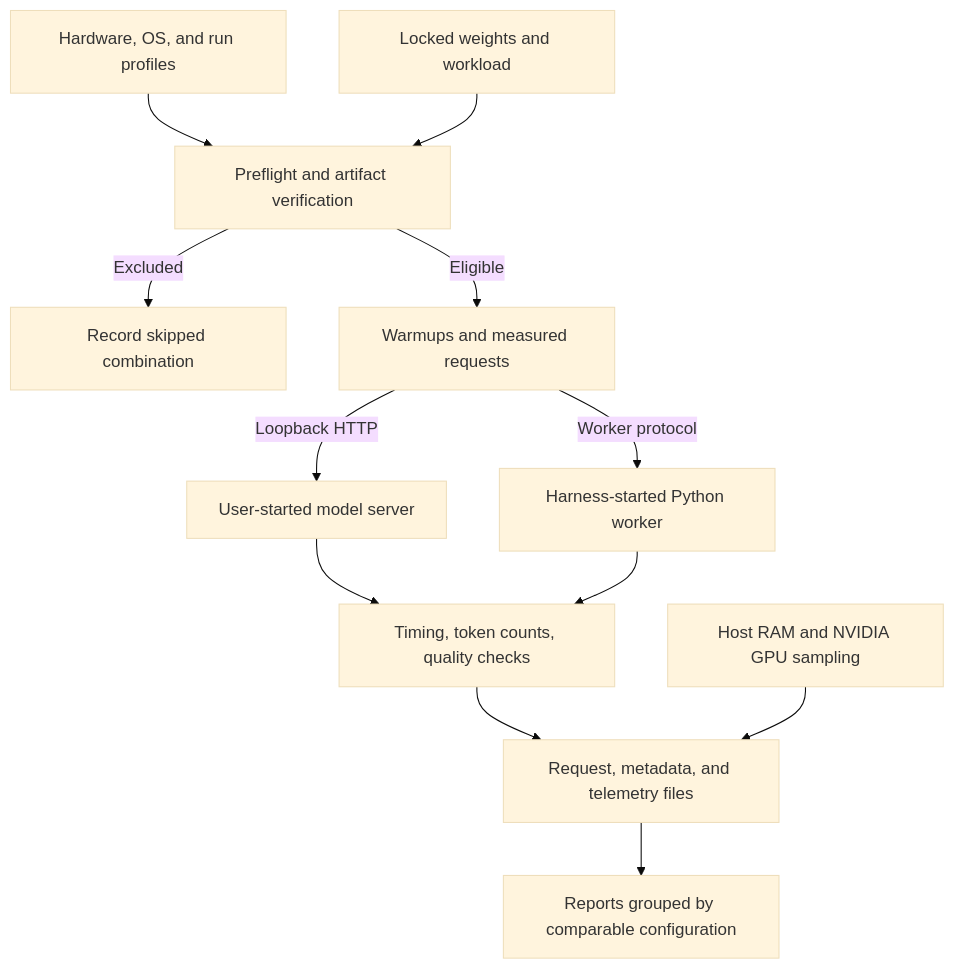
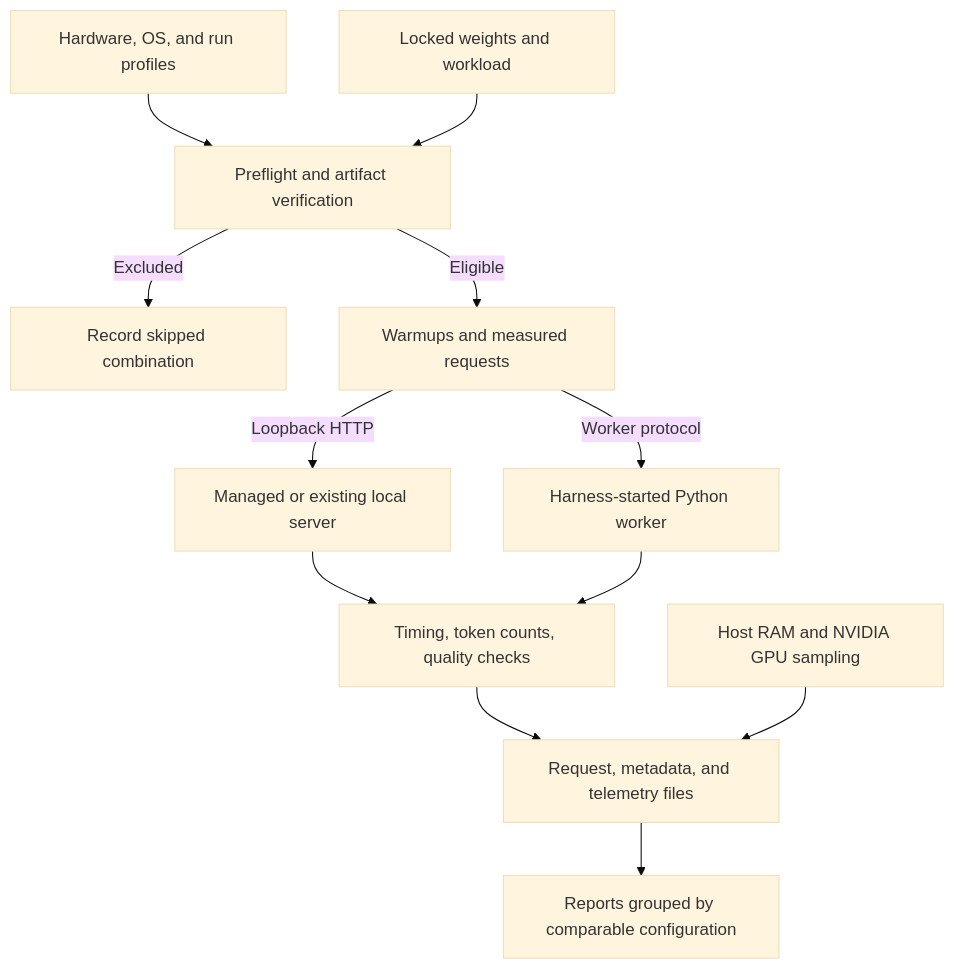
The first of 2 diagrams in README.md (asanderson/llm-eval), drawn with Mermaid (base theme) before and after one commit. The commit also changed other lines of this file and 106 other files, not shown here.

````diff
--- a/README.md
+++ b/README.md
@@ -38,14 +40,14 @@
 ```mermaid
 flowchart TD
     Config["Hardware, OS, and run profiles"] --> Check["Preflight and artifact verification"]
     Inputs["Locked weights and workload"] --> Check
     Check -->|Excluded| Skip["Record skipped combination"]
     Check -->|Eligible| Run["Warmups and measured requests"]
-    Run -->|Loopback HTTP| Server["User-started model server"]
+    Run -->|Loopback HTTP| Server["Managed or existing local server"]
     Run -->|Worker protocol| Worker["Harness-started Python worker"]
     Server --> Metrics["Timing, token counts, quality checks"]
     Worker --> Metrics
     Metrics --> Files["Request, metadata, and telemetry files"]
     Sensors["Host RAM and NVIDIA GPU sampling"] --> Files
     Files --> Report["Reports grouped by comparable configuration"]
 ```
````
